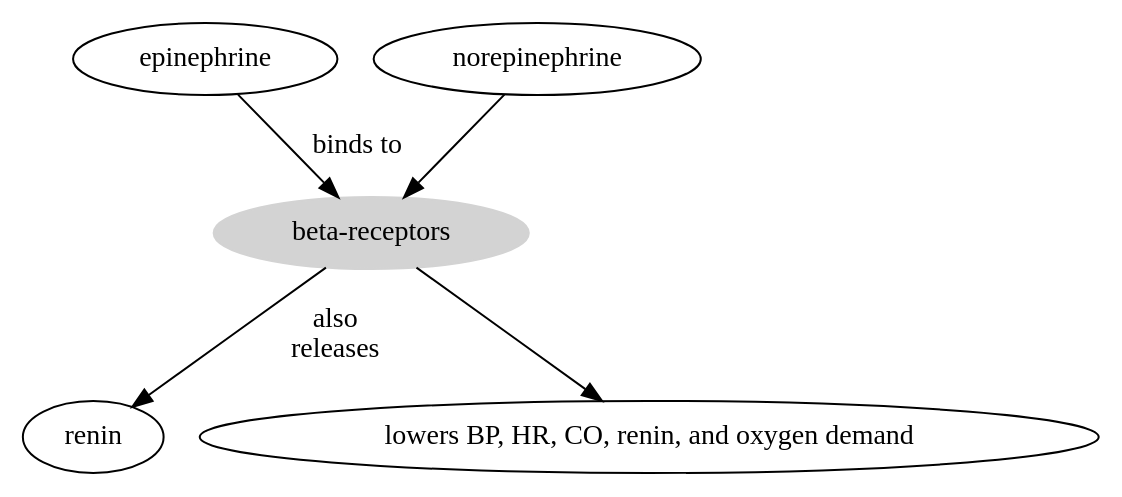
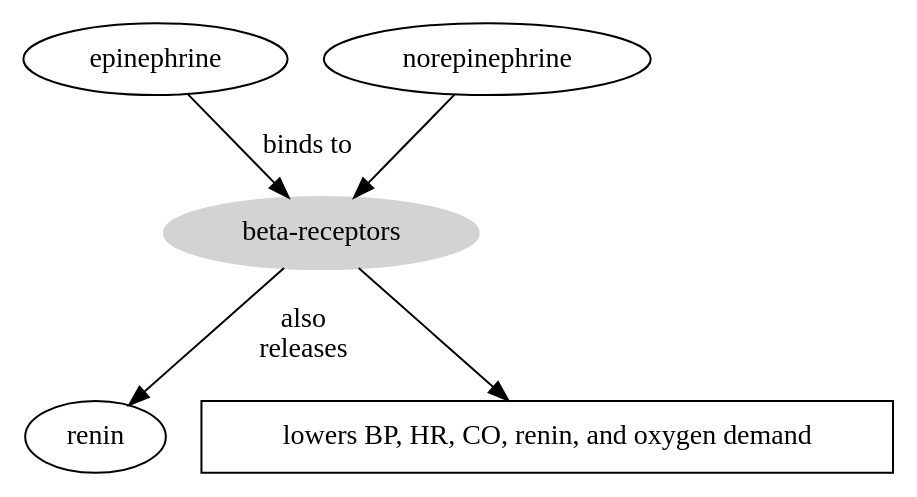
The second of 2 diagrams in NURS380_Practicum/Topics/Pharmacology/Cardiology Basics.md (meirisoda/school_spring2024), drawn with Graphviz before and after one commit.

Commit message:
vault backup: 2024-02-19 16:35:45

````diff
--- a/NURS380_Practicum/Topics/Pharmacology/Cardiology Basics.md
+++ b/NURS380_Practicum/Topics/Pharmacology/Cardiology Basics.md
@@ -38,14 +38,14 @@
 ```dot
 digraph G {
 	A [label="beta-receptors", style=filled, color=lightgrey];
 	B [label="epinephrine"];
 	C [label="norepinephrine"];
 	D [label="renin"];
-	E [label="lowers BP, HR, CO, renin, and oxygen demand"];
+	E [label="lowers BP, HR, CO, renin, and oxygen demand", shape=box];
 
 	B -> A [label="binds to"];
 	C -> A
 	A -> D [label="also\nreleases"];
 	A -> E 
 }
 ```
````
